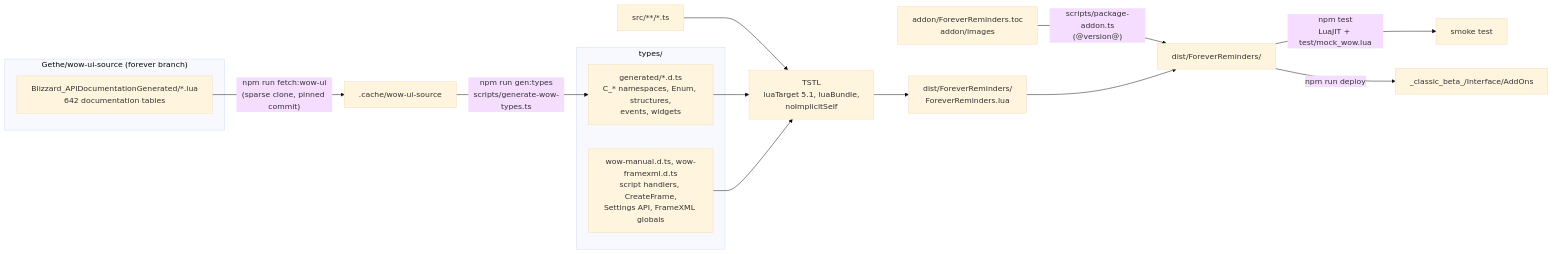
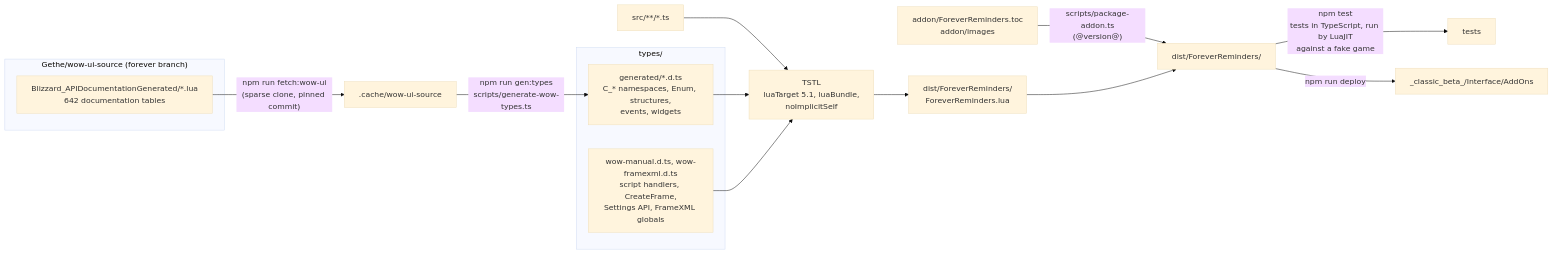
One commit to vattiss/wowkit changed the first of 4 diagrams in docs/architecture.md. Above: the diagram before and after it, drawn with Mermaid (base theme). The commit also changed 34 other files, not shown here.

First line of the commit message:
test: rewrite the tests in TypeScript with describe and it

````diff
--- a/docs/architecture.md
+++ b/docs/architecture.md
@@ -28,23 +28,23 @@
 ```mermaid
 flowchart LR
     subgraph upstream["Gethe/wow-ui-source (forever branch)"]
         docs["Blizzard_APIDocumentationGenerated/*.lua<br/>642 documentation tables"]
     end
 
     subgraph typings["types/"]
         generated["generated/*.d.ts<br/>C_* namespaces, Enum, structures,<br/>events, widgets"]
         manual["wow-manual.d.ts, wow-framexml.d.ts<br/>script handlers, CreateFrame,<br/>Settings API, FrameXML globals"]
     end
 
     docs -- "npm run fetch:wow-ui<br/>(sparse clone, pinned commit)" --> cache[".cache/wow-ui-source"]
     cache -- "npm run gen:types<br/>scripts/generate-wow-types.ts" --> generated
 
     src["src/**/*.ts"] --> tstl["TSTL<br/>luaTarget 5.1, luaBundle,<br/>noImplicitSelf"]
     generated --> tstl
     manual --> tstl
     tstl --> lua["dist/ForeverReminders/<br/>ForeverReminders.lua"]
     toc["addon/ForeverReminders.toc<br/>addon/images"] -- "scripts/package-addon.ts<br/>(@version@)" --> dist["dist/ForeverReminders/"]
     lua --> dist
-    dist -- "npm test<br/>LuaJIT + test/mock_wow.lua" --> smoke["smoke test"]
+    dist -- "npm test<br/>tests in TypeScript, run by LuaJIT<br/>against a fake game" --> smoke["tests"]
     dist -- "npm run deploy" --> game["_classic_beta_/Interface/AddOns"]
 ```
````
